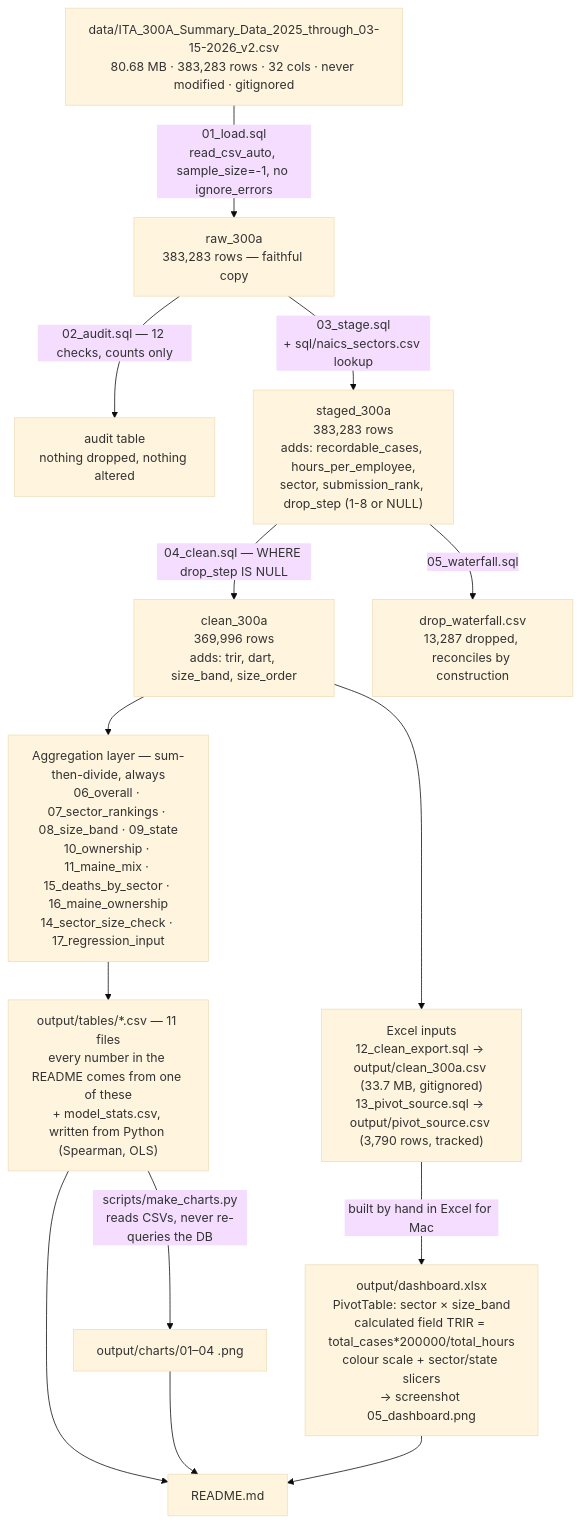
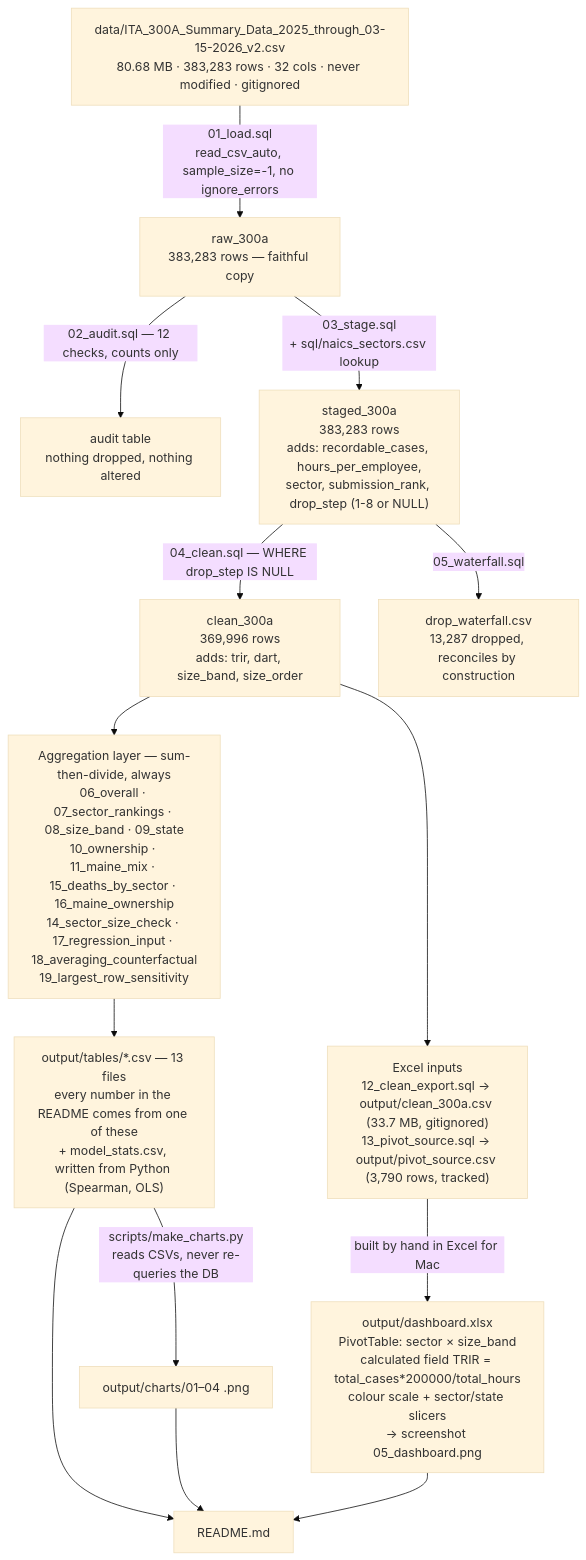
The diagram in docs/INTERVIEW_NOTES.md (ashvijain0506/Leading_Indicator), drawn with Mermaid (base theme) before and after one commit. The commit also changed other lines of this file and 7 other files, not shown here.

Commit message:
m4c: averaging counterfactual, sensitivity note, and documentation fixes

````diff
--- a/docs/INTERVIEW_NOTES.md
+++ b/docs/INTERVIEW_NOTES.md
@@ -36,25 +36,25 @@
 ```mermaid
 flowchart TD
     CSV["data/ITA_300A_Summary_Data_2025_through_03-15-2026_v2.csv<br/>80.68 MB · 383,283 rows · 32 cols · never modified · gitignored"]
 
     CSV -->|"01_load.sql<br/>read_csv_auto, sample_size=-1, no ignore_errors"| RAW["raw_300a<br/>383,283 rows — faithful copy"]
 
     RAW -->|"02_audit.sql — 12 checks, counts only"| AUDIT["audit table<br/>nothing dropped, nothing altered"]
 
     RAW -->|"03_stage.sql<br/>+ sql/naics_sectors.csv lookup"| STAGE["staged_300a<br/>383,283 rows<br/>adds: recordable_cases, hours_per_employee,<br/>sector, submission_rank, drop_step (1-8 or NULL)"]
 
     STAGE -->|"04_clean.sql — WHERE drop_step IS NULL"| CLEAN["clean_300a<br/>369,996 rows<br/>adds: trir, dart, size_band, size_order"]
     STAGE -->|"05_waterfall.sql"| WF["drop_waterfall.csv<br/>13,287 dropped, reconciles by construction"]
 
-    CLEAN --> AGG["Aggregation layer — sum-then-divide, always<br/>06_overall · 07_sector_rankings · 08_size_band · 09_state<br/>10_ownership · 11_maine_mix · 15_deaths_by_sector · 16_maine_ownership<br/>14_sector_size_check · 17_regression_input"]
+    CLEAN --> AGG["Aggregation layer — sum-then-divide, always<br/>06_overall · 07_sector_rankings · 08_size_band · 09_state<br/>10_ownership · 11_maine_mix · 15_deaths_by_sector · 16_maine_ownership<br/>14_sector_size_check · 17_regression_input · 18_averaging_counterfactual<br/>19_largest_row_sensitivity"]
     CLEAN --> EXP["Excel inputs<br/>12_clean_export.sql → output/clean_300a.csv (33.7 MB, gitignored)<br/>13_pivot_source.sql → output/pivot_source.csv (3,790 rows, tracked)"]
 
-    AGG --> TABLES["output/tables/*.csv — 11 files<br/>every number in the README comes from one of these<br/>+ model_stats.csv, written from Python (Spearman, OLS)"]
+    AGG --> TABLES["output/tables/*.csv — 13 files<br/>every number in the README comes from one of these<br/>+ model_stats.csv, written from Python (Spearman, OLS)"]
 
     TABLES -->|"scripts/make_charts.py<br/>reads CSVs, never re-queries the DB"| PNG["output/charts/01–04 .png"]
     EXP -->|"built by hand in Excel for Mac"| XLSX["output/dashboard.xlsx<br/>PivotTable: sector × size_band<br/>calculated field TRIR = total_cases*200000/total_hours<br/>colour scale + sector/state slicers<br/>→ screenshot 05_dashboard.png"]
 
     TABLES --> README["README.md"]
     PNG --> README
     XLSX --> README
 ```
````
